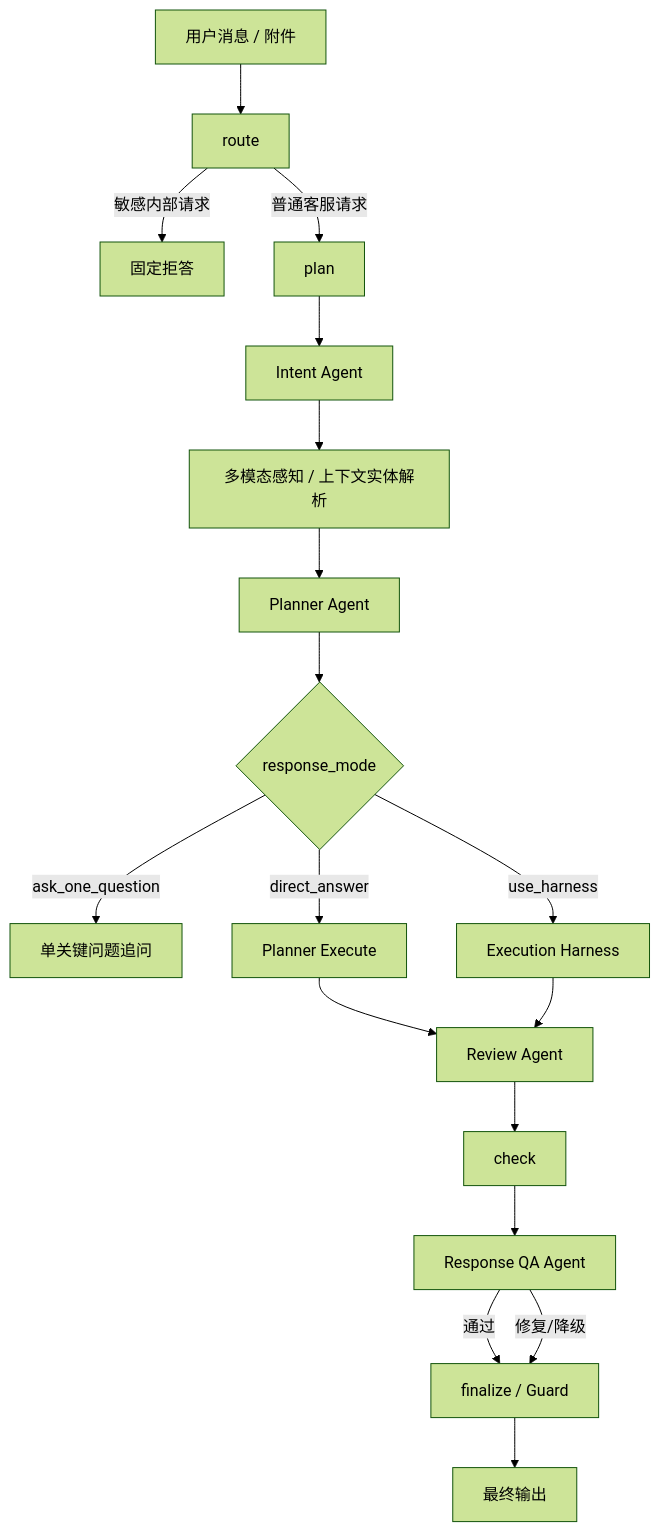
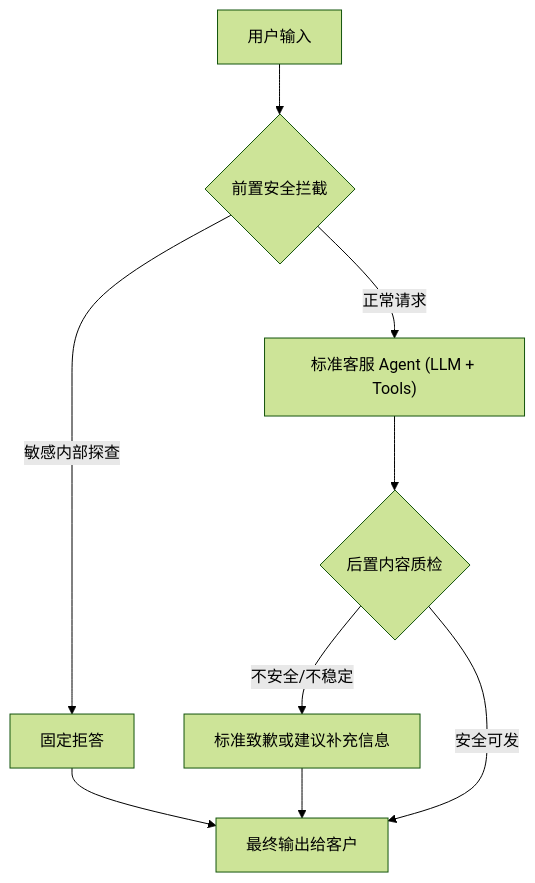
Before and after one commit to lr12338/hifleet-agent: the first of 2 diagrams in docs/CUSTOMER_SUPPORT_V3_AGENT_HARNESS_PROMPT_DESIGN.md, drawn with Mermaid (forest theme). The commit also changed other lines of this file and 9 other files, not shown here.

````diff
--- a/docs/CUSTOMER_SUPPORT_V3_AGENT_HARNESS_PROMPT_DESIGN.md
+++ b/docs/CUSTOMER_SUPPORT_V3_AGENT_HARNESS_PROMPT_DESIGN.md
@@ -35,20 +9,11 @@
 ```mermaid
 flowchart TD
-    A["用户消息 / 附件"] --> B["route"]
-    B -->|敏感内部请求| C["固定拒答"]
-    B -->|普通客服请求| D["plan"]
-    D --> E["Intent Agent"]
-    E --> F["多模态感知 / 上下文实体解析"]
-    F --> G["Planner Agent"]
-    G --> H{"response_mode"}
-    H -->|ask_one_question| I["单关键问题追问"]
-    H -->|direct_answer| J["Planner Execute"]
-    H -->|use_harness| K["Execution Harness"]
-    J --> L["Review Agent"]
-    K --> L
-    L --> M["check"]
-    M --> N["Response QA Agent"]
-    N -->|通过| O["finalize / Guard"]
-    N -->|修复/降级| O
-    O --> P["最终输出"]
+    A["用户输入"] --> B{"前置安全拦截"}
+    B -->|敏感内部探查| C["固定拒答"]
+    B -->|正常请求| D["标准客服 Agent (LLM + Tools)"]
+    D --> E{"后置内容质检"}
+    E -->|不安全/不稳定| F["标准致歉或建议补充信息"]
+    E -->|安全可发| G["最终输出给客户"]
+    C --> G
+    F --> G
 ```
````
